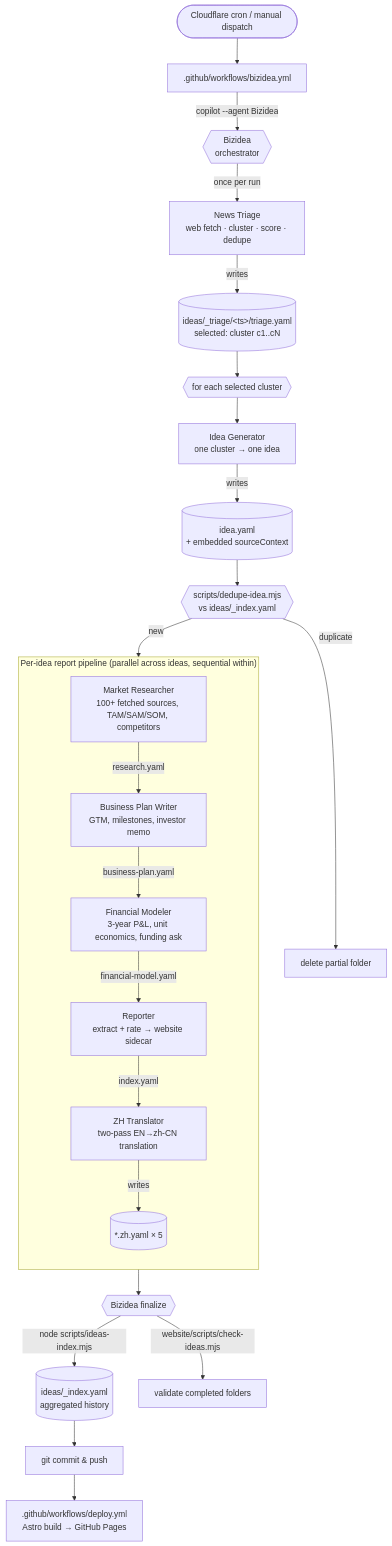
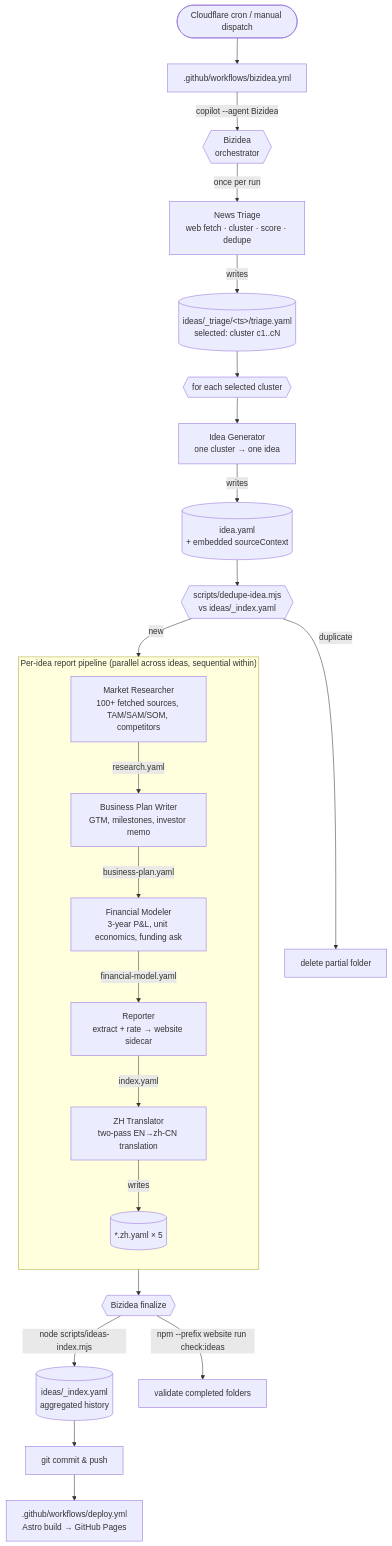
The diagram in README.md (vibewatch/bizidea), drawn with Mermaid before and after one commit. The commit also changed other lines of this file and 15 other files, not shown here.

````diff
--- a/README.md
+++ b/README.md
@@ -13,30 +13,30 @@
 ```mermaid
 flowchart TD
   cron([Cloudflare cron / manual dispatch]) --> wf[".github/workflows/bizidea.yml"]
     wf -->|"copilot --agent Bizidea"| orch{{"Bizidea<br/>orchestrator"}}
 
     orch -->|"once per run"| triage["News Triage<br/>web fetch · cluster · score · dedupe"]
     triage -->|"writes"| triageFile[("ideas/_triage/&lt;ts&gt;/triage.yaml<br/>selected: cluster c1..cN")]
 
     triageFile --> fanout{{"for each selected cluster"}}
     fanout --> idea["Idea Generator<br/>one cluster &rarr; one idea"]
     idea -->|"writes"| ideaFile[("idea.yaml<br/>+ embedded sourceContext")]
     ideaFile --> dedup{{"scripts/dedupe-idea.mjs<br/>vs ideas/_index.yaml"}}
     dedup -->|"duplicate"| drop["delete partial folder"]
     dedup -->|"new"| pipeline
 
     subgraph pipeline ["Per-idea report pipeline (parallel across ideas, sequential within)"]
         direction TB
         mr["Market Researcher<br/>100+ fetched sources, TAM/SAM/SOM, competitors"] -->|"research.yaml"| bp["Business Plan Writer<br/>GTM, milestones, investor memo"]
         bp -->|"business-plan.yaml"| fm["Financial Modeler<br/>3-year P&amp;L, unit economics, funding ask"]
         fm -->|"financial-model.yaml"| rep["Reporter<br/>extract + rate &rarr; website sidecar"]
         rep -->|"index.yaml"| zh["ZH Translator<br/>two-pass EN&rarr;zh-CN translation"]
         zh -->|"writes"| zhFiles[("*.zh.yaml &times; 5")]
     end
 
     zhFiles --> finalize{{"Bizidea finalize"}}
     finalize -->|"node scripts/ideas-index.mjs"| indexFile[("ideas/_index.yaml<br/>aggregated history")]
-    finalize -->|"website/scripts/check-ideas.mjs"| validate["validate completed folders"]
+    finalize -->|"npm --prefix website run check:ideas"| validate["validate completed folders"]
     indexFile --> push["git commit &amp; push"]
     push --> deploy[".github/workflows/deploy.yml<br/>Astro build &rarr; GitHub Pages"]
 ```
````
